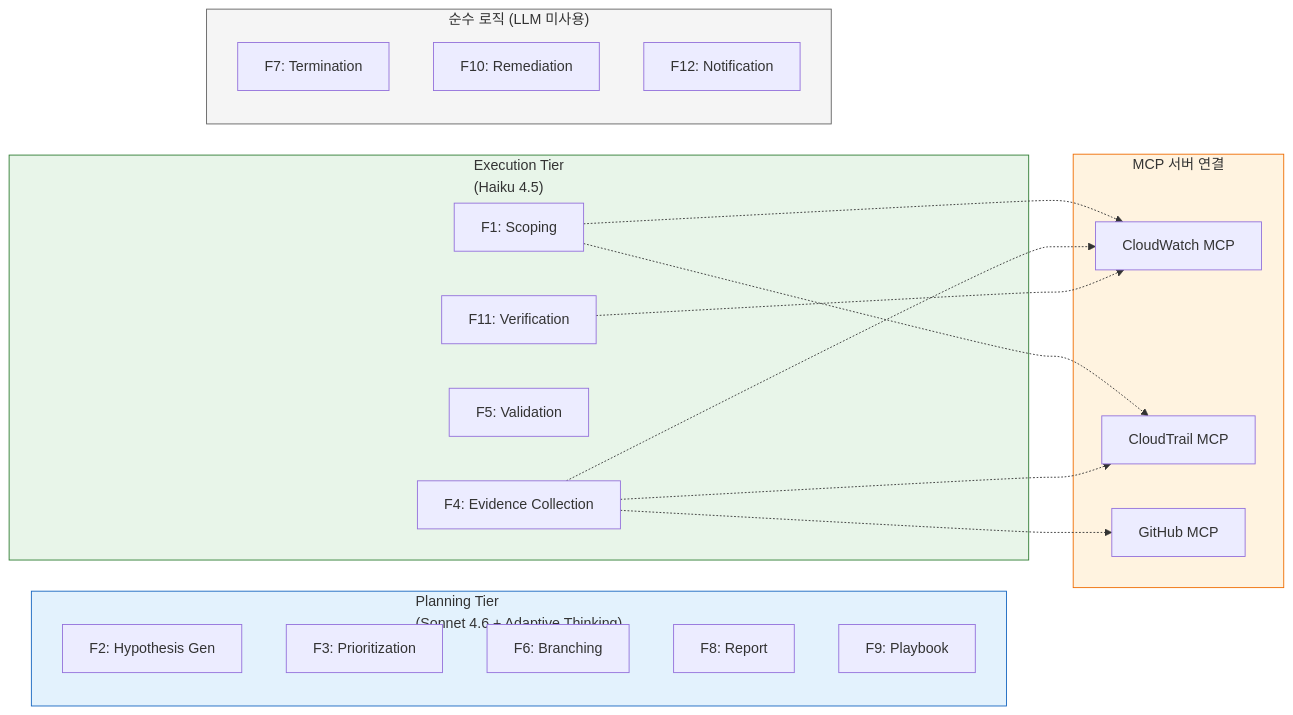
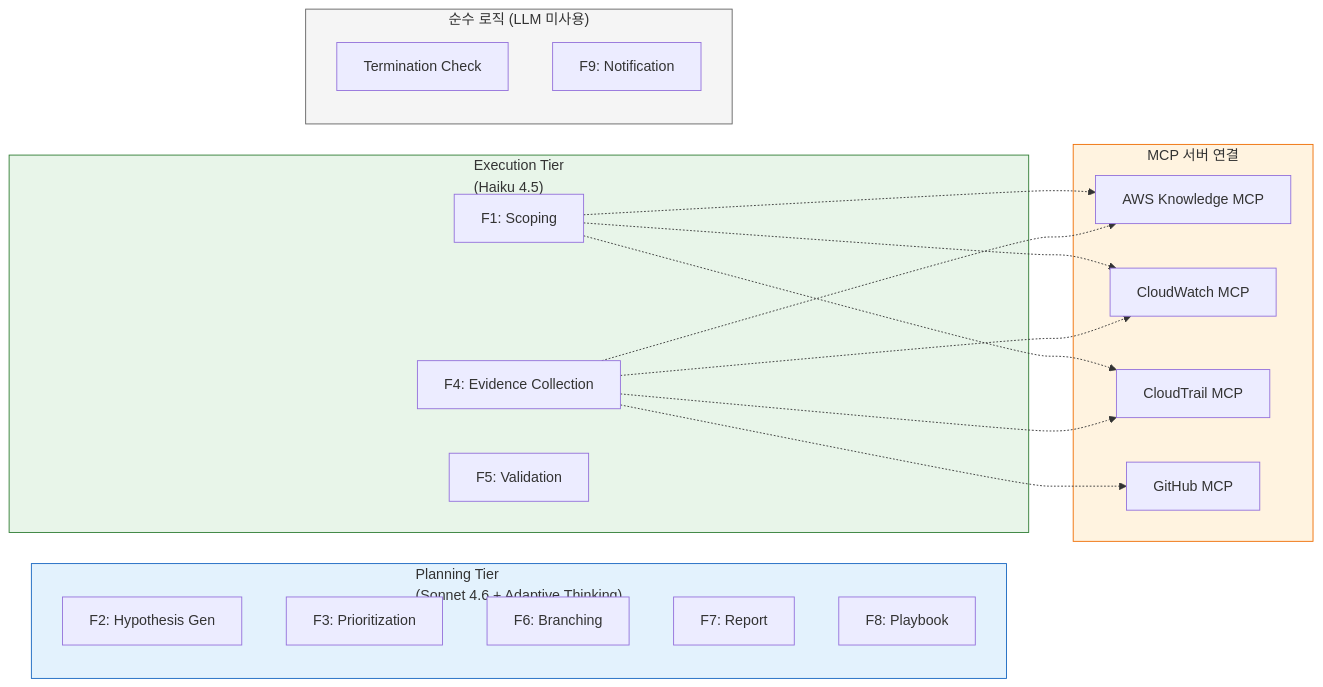
Before and after one commit to haandol/rca-agent: the sixth of 7 diagrams in docs/architecture-and-demo-flow.md, drawn with Mermaid. The commit also changed other lines of this file and 12 other files, not shown here.

````diff
--- a/docs/architecture-and-demo-flow.md
+++ b/docs/architecture-and-demo-flow.md
@@ -433,41 +425,41 @@
 ```mermaid
 flowchart LR
     subgraph Planning["Planning Tier<br/>(Sonnet 4.6 + Adaptive Thinking)"]
         HYP["F2: Hypothesis Gen"]
         PRIO["F3: Prioritization"]
         BRANCH["F6: Branching"]
-        REPORT["F8: Report"]
-        PLAYBOOK["F9: Playbook"]
+        REPORT["F7: Report"]
+        PLAYBOOK["F8: Playbook"]
     end
 
     subgraph Execution["Execution Tier<br/>(Haiku 4.5)"]
         SCOPING["F1: Scoping"]
         EVIDENCE["F4: Evidence Collection"]
         VALIDATION["F5: Validation"]
-        VERIF["F11: Verification"]
     end
 
     subgraph NoLLM["순수 로직 (LLM 미사용)"]
-        TERM["F7: Termination"]
-        REMED["F10: Remediation"]
-        NOTIF["F12: Notification"]
+        TERM["Termination Check"]
+        NOTIF["F9: Notification"]
     end
 
     subgraph MCP["MCP 서버 연결"]
+        AK["AWS Knowledge MCP"]
         CW["CloudWatch MCP"]
         CT["CloudTrail MCP"]
         GH["GitHub MCP"]
     end
 
+    SCOPING -.-> AK
     SCOPING -.-> CW
     SCOPING -.-> CT
+    EVIDENCE -.-> AK
     EVIDENCE -.-> CW
     EVIDENCE -.-> CT
     EVIDENCE -.-> GH
-    VERIF -.-> CW
 
     style Planning fill:#e3f2fd,stroke:#1565c0
     style Execution fill:#e8f5e9,stroke:#2e7d32
     style NoLLM fill:#f5f5f5,stroke:#616161
     style MCP fill:#fff3e0,stroke:#ef6c00
 ```
````
